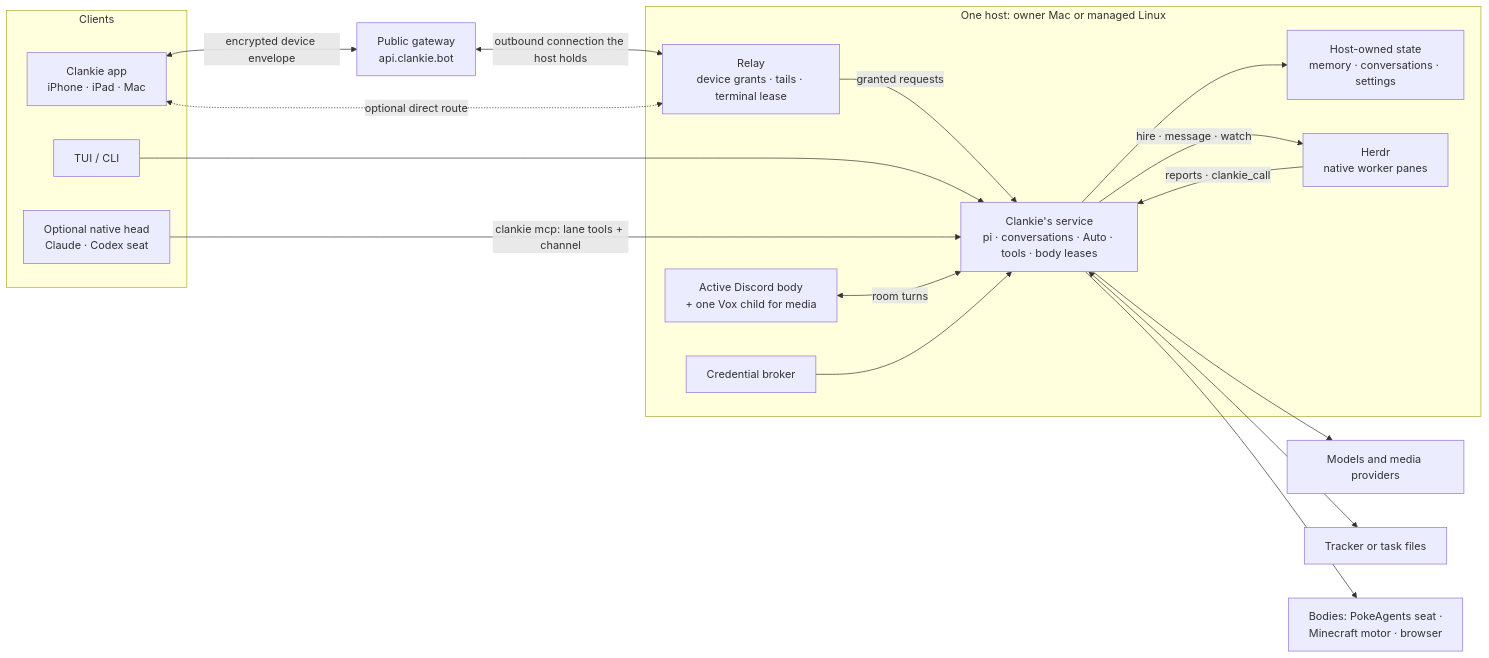
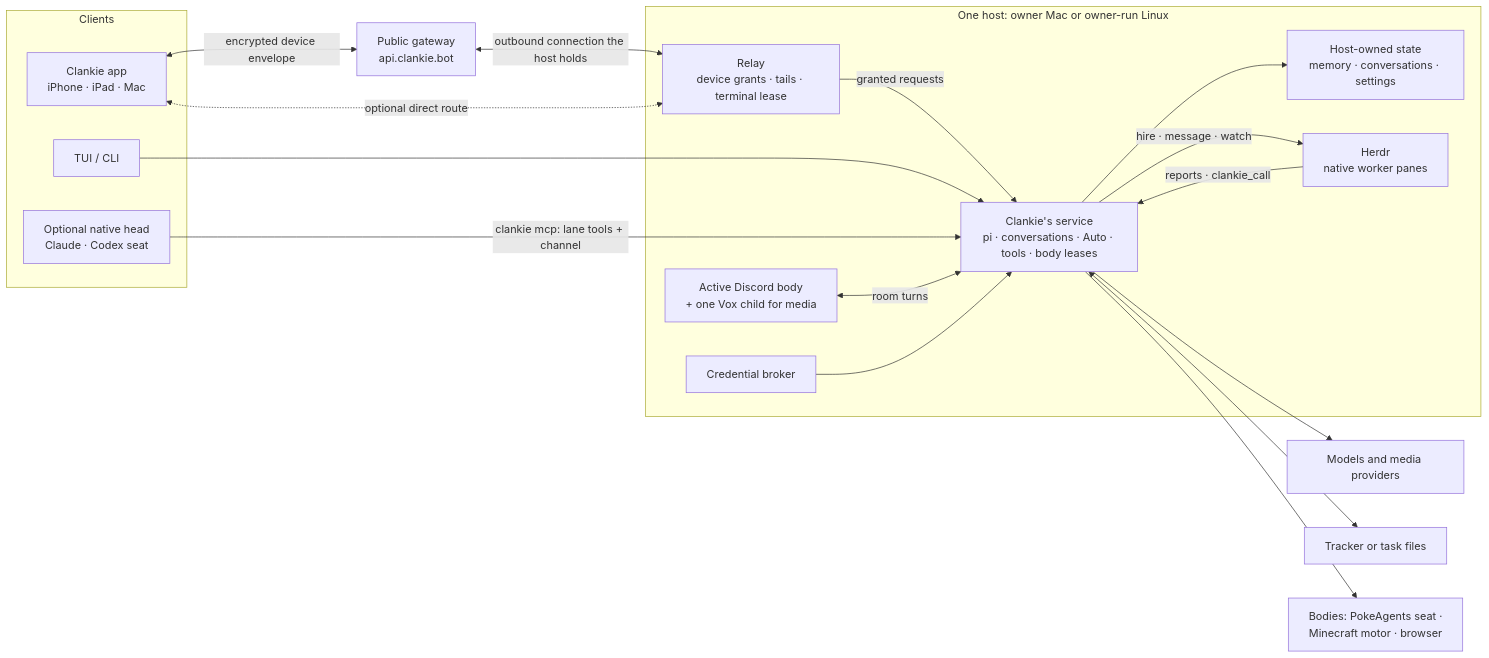
One commit to Volpestyle/clankie changed the first of 4 diagrams in docs/architecture.md. Above: the diagram before and after it, drawn with Mermaid. The commit also changed other lines of this file and 138 other files, not shown here.

````diff
--- a/docs/architecture.md
+++ b/docs/architecture.md
@@ -17,31 +17,31 @@
 ```mermaid
 flowchart LR
   subgraph Clients
     App["Clankie app<br/>iPhone · iPad · Mac"]
     Console["TUI / CLI"]
     Head["Optional native head<br/>Claude · Codex seat"]
   end
   Gateway["Public gateway<br/>api.clankie.bot"]
-  subgraph Host["One host: owner Mac or managed Linux"]
+  subgraph Host["One host: owner Mac or owner-run Linux"]
     Relay["Relay<br/>device grants · tails · terminal lease"]
     Service["Clankie's service<br/>pi · conversations · Auto · tools · body leases"]
     State["Host-owned state<br/>memory · conversations · settings"]
     Broker["Credential broker"]
     Herdr["Herdr<br/>native worker panes"]
     Mouth["Active Discord body<br/>+ one Vox child for media"]
   end
   App <-->|"encrypted device envelope"| Gateway
   Gateway <-->|"outbound connection the host holds"| Relay
   App <-.->|"optional direct route"| Relay
   Relay -->|"granted requests"| Service
   Console --> Service
   Head -->|"clankie mcp: lane tools + channel"| Service
   Mouth <-->|"room turns"| Service
   Service --> State
   Broker --> Service
   Service -->|"hire · message · watch"| Herdr
   Herdr -->|"reports · clankie_call"| Service
   Service --> Models["Models and media providers"]
   Service <--> Work["Tracker or task files"]
   Service --> Bodies["Bodies: PokeAgents seat ·<br/>Minecraft motor · browser"]
 ```
````
